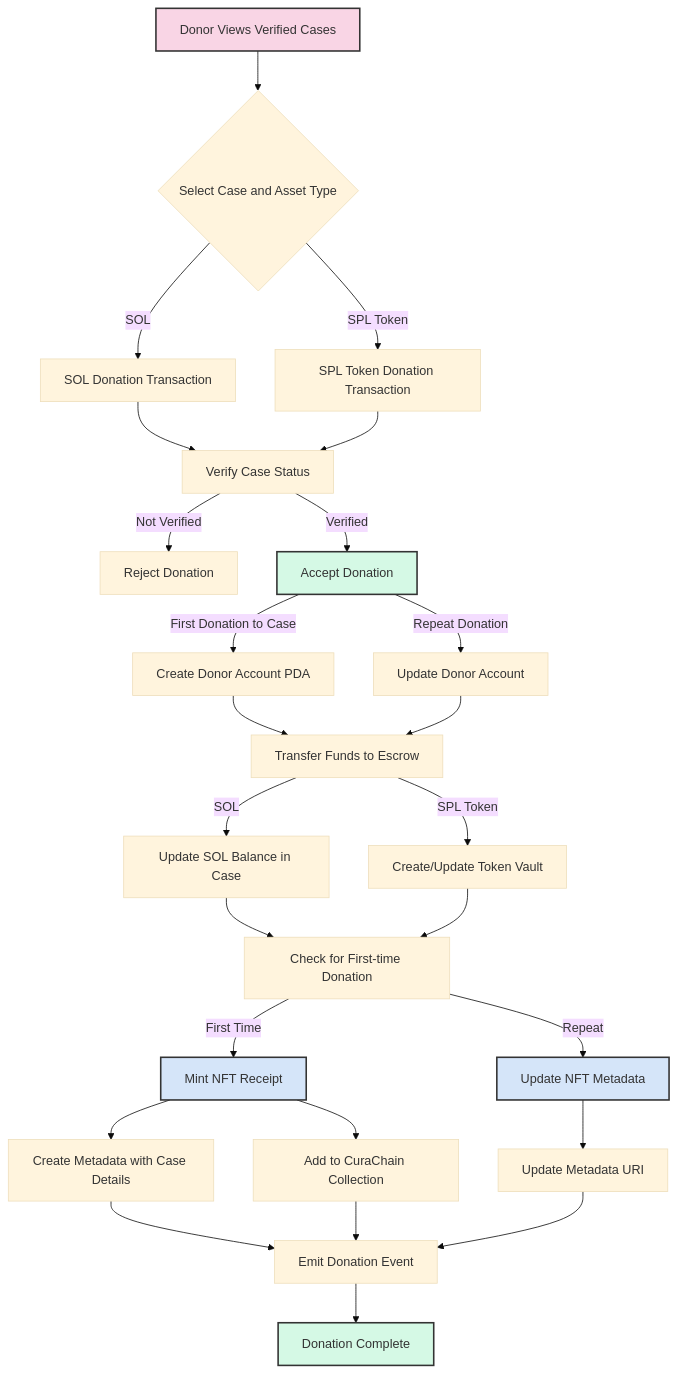
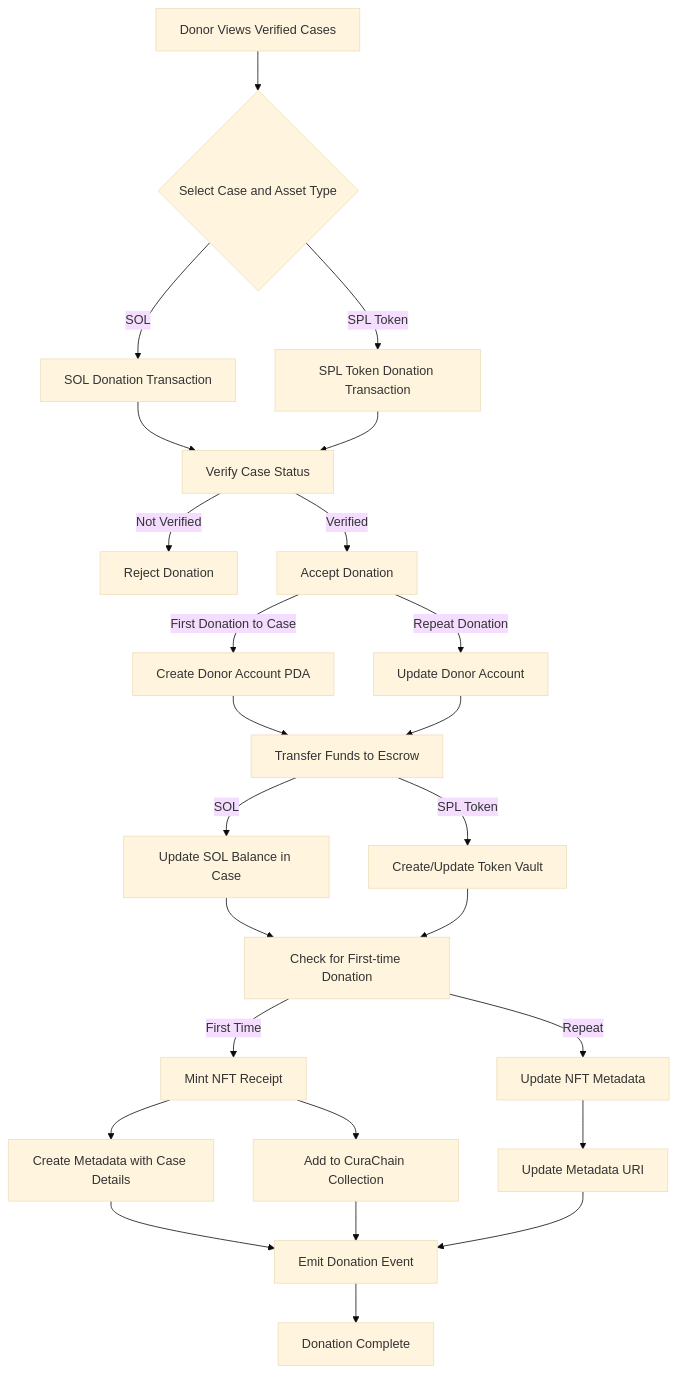
The third of 6 diagrams in README.md (AymanF10/CuraChain), drawn with Mermaid (base theme) before and after one commit. The commit also changed other lines of this file, not shown here.

````diff
--- a/README.md
+++ b/README.md
@@ -270,44 +259,38 @@
 ```mermaid
 flowchart TD
     A[Donor Views Verified Cases] --> B{Select Case and Asset Type}
     B -->|SOL| C[SOL Donation Transaction]
     B -->|SPL Token| D[SPL Token Donation Transaction]
     
     C --> E[Verify Case Status]
     D --> E
     
     E -->|Not Verified| F[Reject Donation]
     E -->|Verified| G[Accept Donation]
     
     G -->|First Donation to Case| H[Create Donor Account PDA]
     G -->|Repeat Donation| I[Update Donor Account]
     
     H --> J[Transfer Funds to Escrow]
     I --> J
     
     J -->|SOL| K[Update SOL Balance in Case]
     J -->|SPL Token| L[Create/Update Token Vault]
     
     K --> M[Check for First-time Donation]
     L --> M
     
     M -->|First Time| N[Mint NFT Receipt]
     M -->|Repeat| O[Update NFT Metadata]
     
     N --> P[Create Metadata with Case Details]
     N --> Q[Add to CuraChain Collection]
     
     O --> R[Update Metadata URI]
     
     P --> S[Emit Donation Event]
     Q --> S
     R --> S
     
     S --> T[Donation Complete]
-    
-    style A fill:#f9d5e5,stroke:#333,stroke-width:2px
-    style G fill:#d5f9e5,stroke:#333,stroke-width:2px
-    style N fill:#d5e5f9,stroke:#333,stroke-width:2px
-    style O fill:#d5e5f9,stroke:#333,stroke-width:2px
-    style T fill:#d5f9e5,stroke:#333,stroke-width:2px
 ```
````
